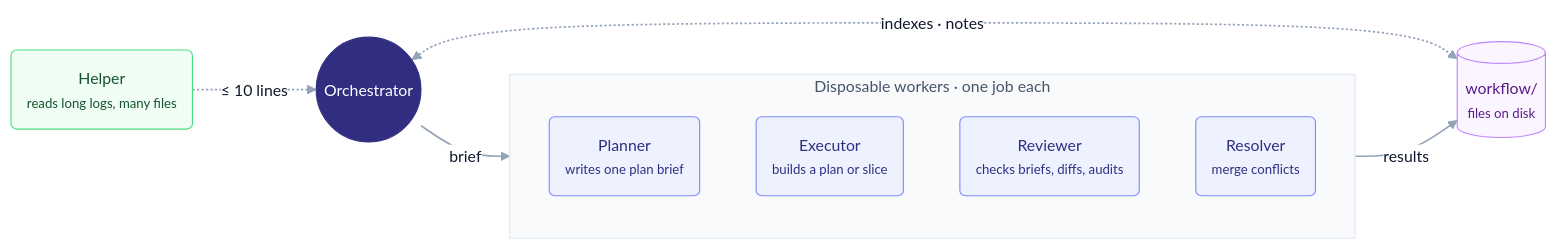
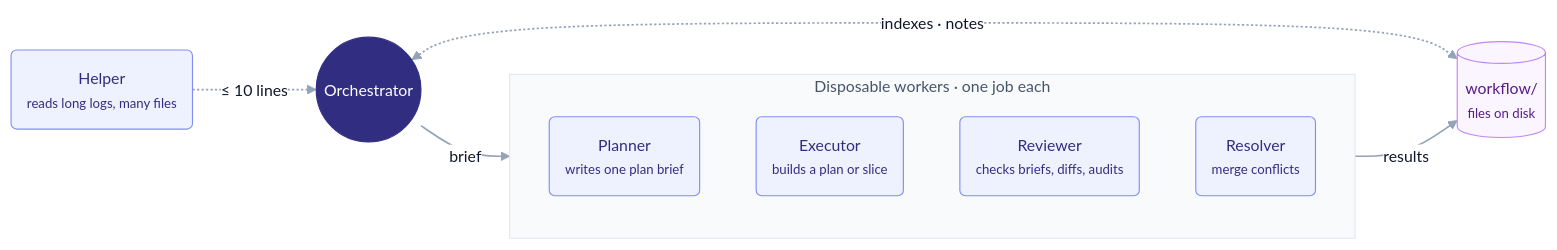
The second of 8 diagrams in elrond/README.md (llunde/lelstack), drawn with Mermaid before and after one commit. The commit also changed other lines of this file, not shown here.

Commit message:
docs(elrond): fix README diagram colours and commit-count wording

````diff
--- a/elrond/README.md
+++ b/elrond/README.md
@@ -129,33 +129,32 @@
 ```mermaid
 %%{init: {"fontFamily": "-apple-system, BlinkMacSystemFont, Segoe UI, Helvetica, Arial, sans-serif", "theme": "base", "themeVariables": {"fontFamily": "-apple-system, BlinkMacSystemFont, Segoe UI, Helvetica, Arial, sans-serif", "fontSize": "14px", "primaryColor": "#FFFFFF", "primaryBorderColor": "#CBD5E1", "primaryTextColor": "#0F172A", "lineColor": "#94A3B8", "clusterBkg": "#F8FAFC", "clusterBorder": "#E2E8F0", "edgeLabelBackground": "#FFFFFF", "tertiaryColor": "#F8FAFC"}, "flowchart": {"curve": "basis", "padding": 14}}}%%
 flowchart LR
     HP("Helper<br/><small>reads long logs, many files</small>")
     O(("Orchestrator"))
     subgraph W["Disposable workers · one job each"]
         direction TB
         PL("Planner<br/><small>writes one plan brief</small>")
         EX("Executor<br/><small>builds a plan or slice</small>")
         RV("Reviewer<br/><small>checks briefs, diffs, audits</small>")
         RS("Resolver<br/><small>merge conflicts</small>")
     end
     FS[("workflow/<br/><small>files on disk</small>")]
     HP -.->|"≤ 10 lines"| O
     O -->|brief| W
     W -->|results| FS
     O <-.->|"indexes · notes"| FS
 
     classDef default fill:#FFFFFF,stroke:#CBD5E1,stroke-width:1px,color:#0F172A
     classDef you fill:#FFF7ED,stroke:#F97316,stroke-width:1.5px,color:#7C2D12
     classDef agent fill:#EEF2FF,stroke:#818CF8,stroke-width:1px,color:#312E81
     classDef check fill:#F0FDF4,stroke:#4ADE80,stroke-width:1px,color:#14532D
     classDef git fill:#FAF5FF,stroke:#C084FC,stroke-width:1px,color:#581C87
     classDef stop fill:#FEF2F2,stroke:#F87171,stroke-width:1px,color:#7F1D1D
     classDef done fill:#ECFDF5,stroke:#10B981,stroke-width:1.5px,color:#064E3B
     classDef lead fill:#312E81,stroke:#312E81,stroke-width:1px,color:#FFFFFF
     linkStyle default stroke-width:1.5px
-    class PL,EX,RV,RS agent
-    class HP check
+    class PL,EX,RV,RS,HP agent
     class FS git
     class O lead
     style W fill:#F8FAFC,stroke:#E2E8F0,color:#475569
 ```
````
